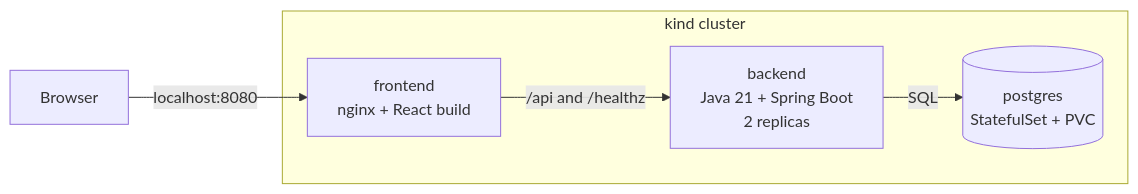
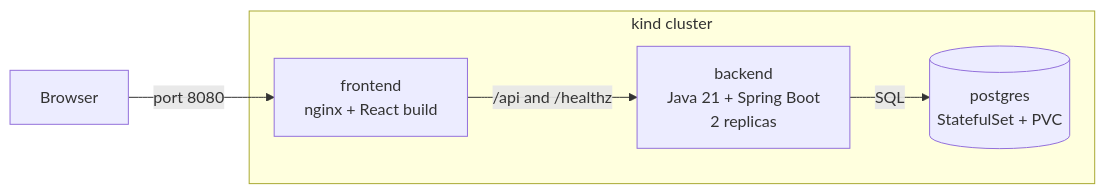
The diagram in docs/PRD.md (AryanAchuthan07/ConnectFour), drawn with Mermaid before and after one commit. The commit also changed other lines of this file and 1 other file, not shown here.

````diff
--- a/docs/PRD.md
+++ b/docs/PRD.md
@@ -160,12 +161,12 @@
 ```mermaid
 flowchart LR
     browser["Browser"]
     subgraph cluster["kind cluster"]
         frontend["frontend<br>nginx + React build"]
         backend["backend<br>Java 21 + Spring Boot<br>2 replicas"]
         postgres[("postgres<br>StatefulSet + PVC")]
     end
-    browser -->|"localhost:8080"| frontend
+    browser -->|"port 8080"| frontend
     frontend -->|"/api and /healthz"| backend
     backend -->|"SQL"| postgres
 ```
````
